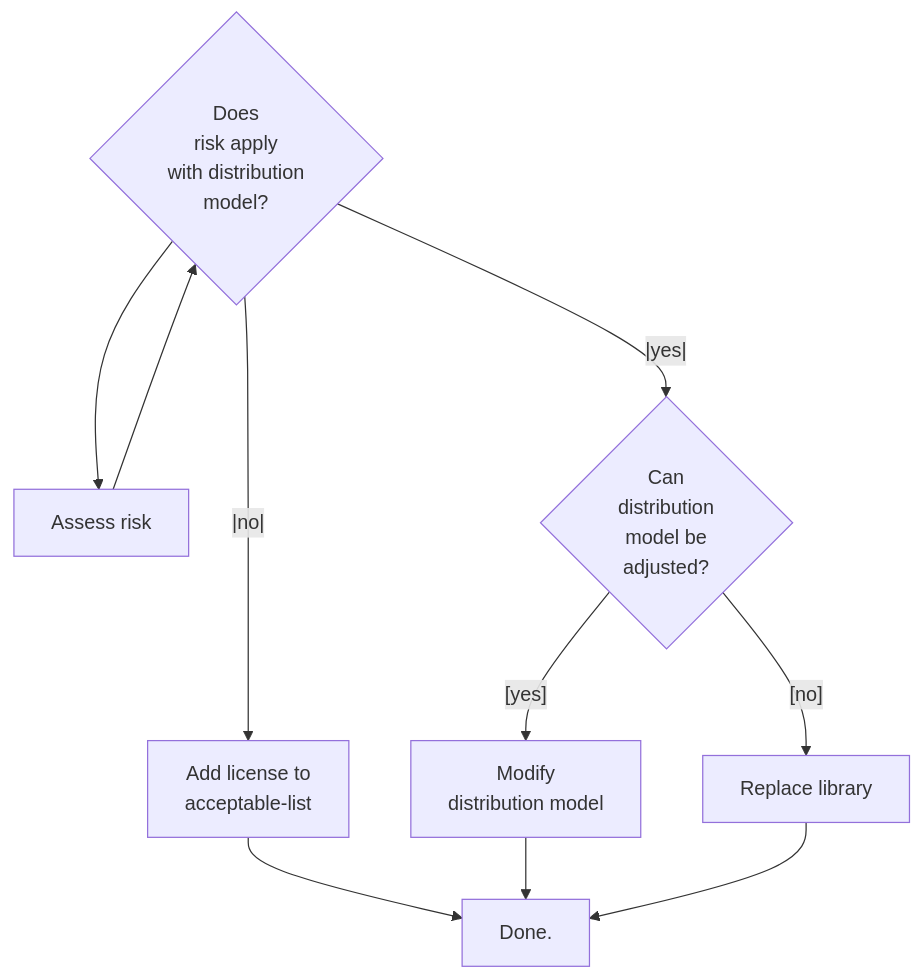
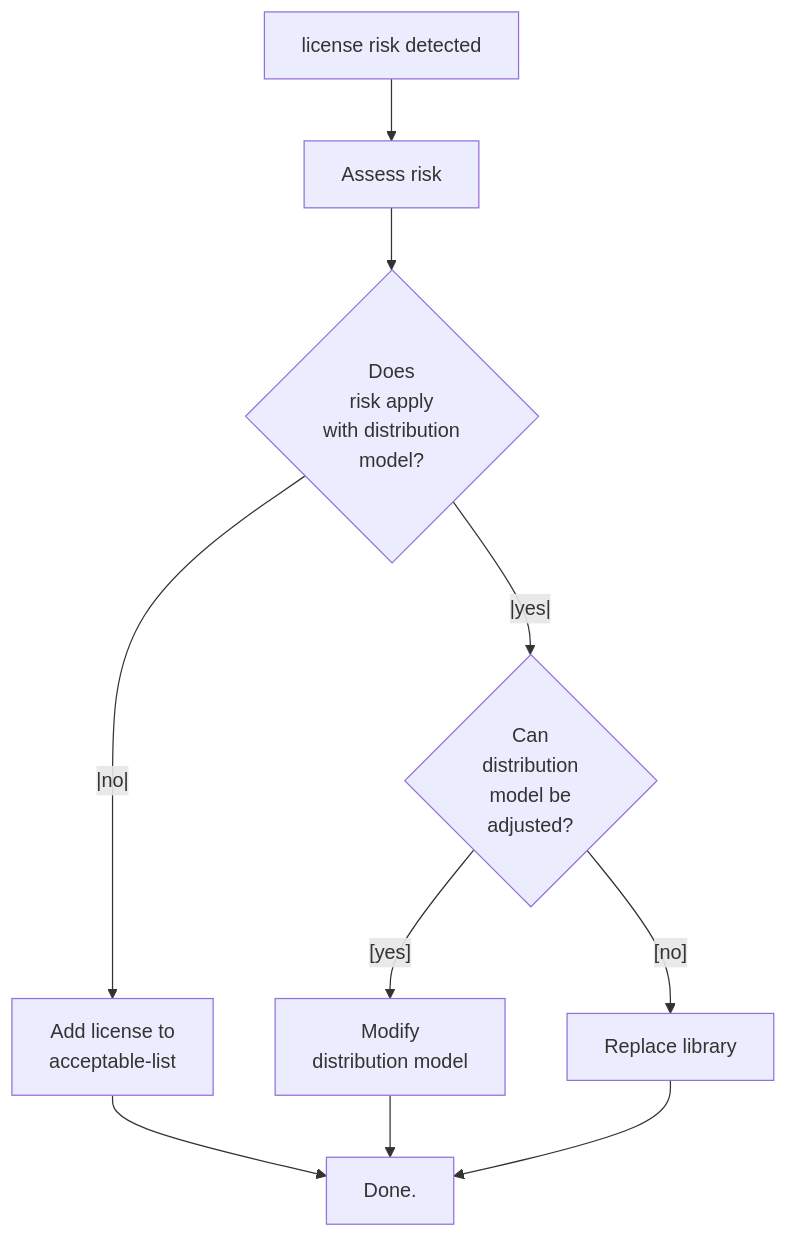
Before and after one commit to Software-Improvement-Group/sigridci: the diagram in docs/workflows/best-practices-osh.md, drawn with Mermaid.

````diff
--- a/docs/workflows/best-practices-osh.md
+++ b/docs/workflows/best-practices-osh.md
@@ -270,9 +270,9 @@
 ```mermaid
 graph TD; 
-    D[license risk detected]-->A[Assess risk];
+    Start[license risk detected]-->A[Assess risk];
     A-->D{"Does\n risk apply\n with distribution\n model?"};
     D--|yes|-->D_yes{"Can\n distribution\n model be\n adjusted?"};
     D--|no|-->D_no["Add license to\n acceptable-list"]-->E["Done."];
     D_yes--[yes]-->M[Modify\n distribution model]-->E;
     D_yes--[no]-->R[Replace library]-->E;
 ```
````
